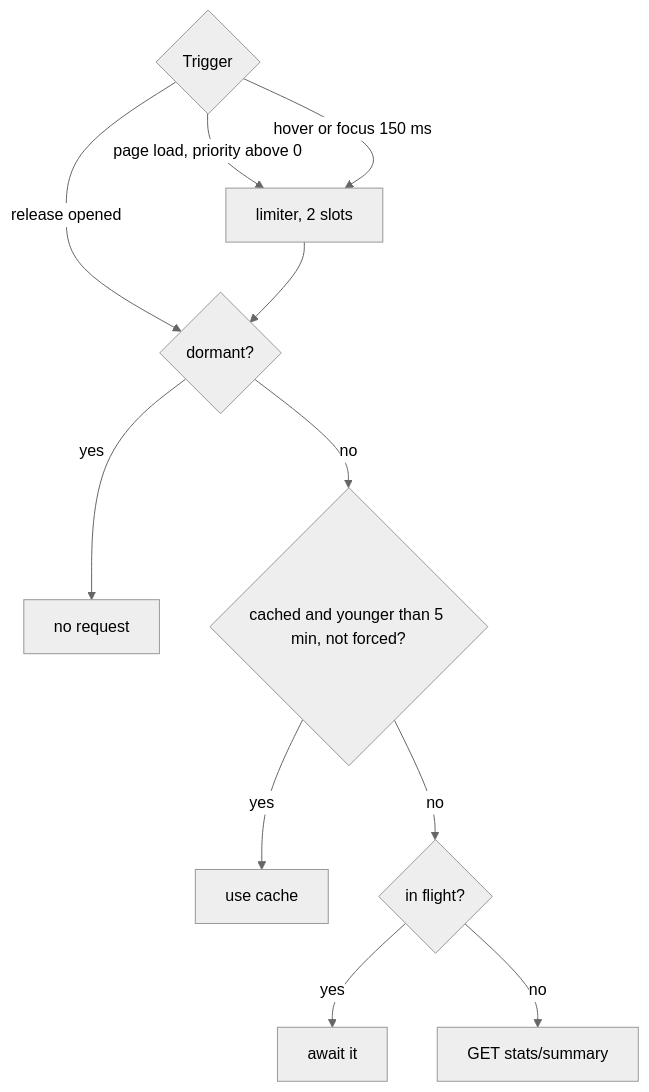
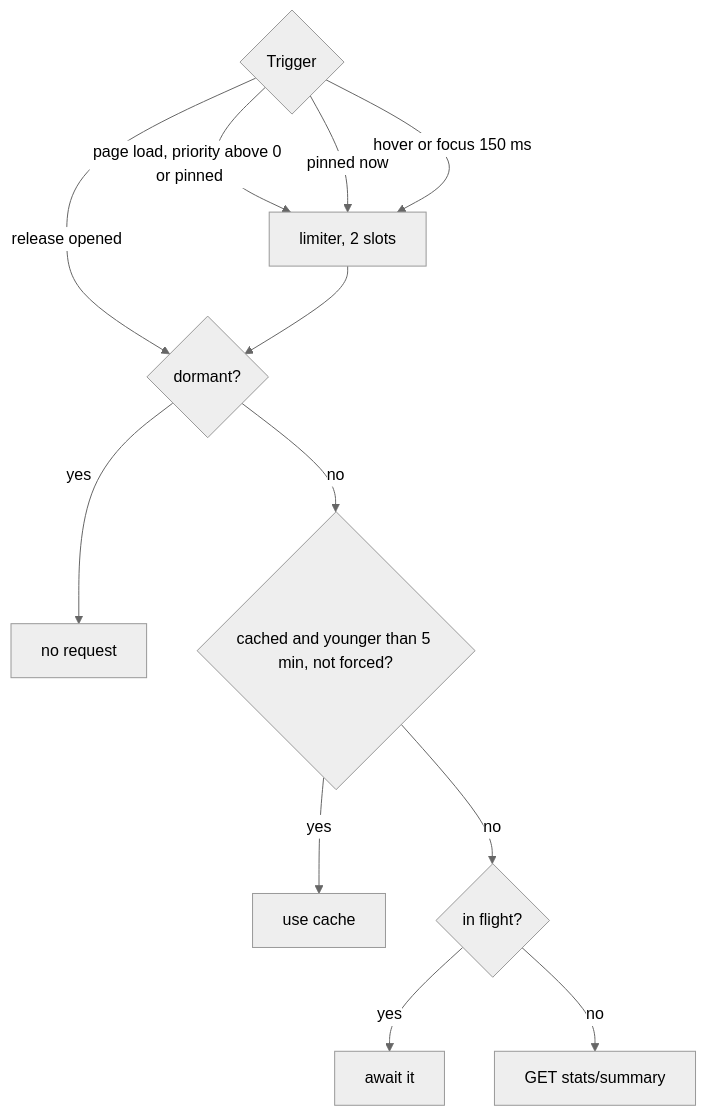
The second of 3 diagrams in tasks/ARGUS-81/spec.md (scylladb/argus), drawn with Mermaid (neutral theme) before and after one commit. The commit also changed other lines of this file and 1 other file, not shown here.

````diff
--- a/tasks/ARGUS-81/spec.md
+++ b/tasks/ARGUS-81/spec.md
@@ -85,13 +90,14 @@
 ```mermaid
 flowchart TD
-    E{Trigger} -->|page load, priority above 0| Q[limiter, 2 slots]
+    E{Trigger} -->|page load, priority above 0 or pinned| Q[limiter, 2 slots]
+    E -->|pinned now| Q
     E -->|hover or focus 150 ms| Q
     E -->|release opened| F
     Q --> F{dormant?}
     F -->|yes| N[no request]
     F -->|no| C{cached and younger than 5 min, not forced?}
     C -->|yes| U[use cache]
     C -->|no| G{in flight?}
     G -->|yes| W[await it]
     G -->|no| R[GET stats/summary]
 ```
````
